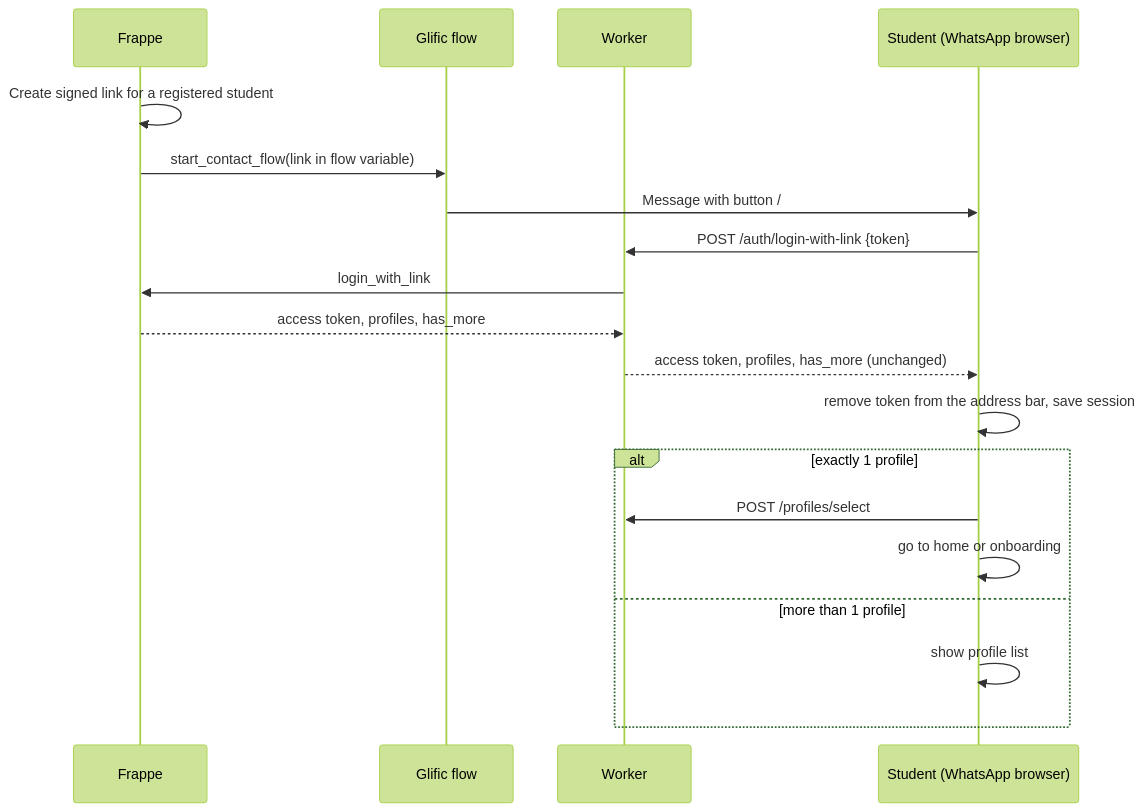
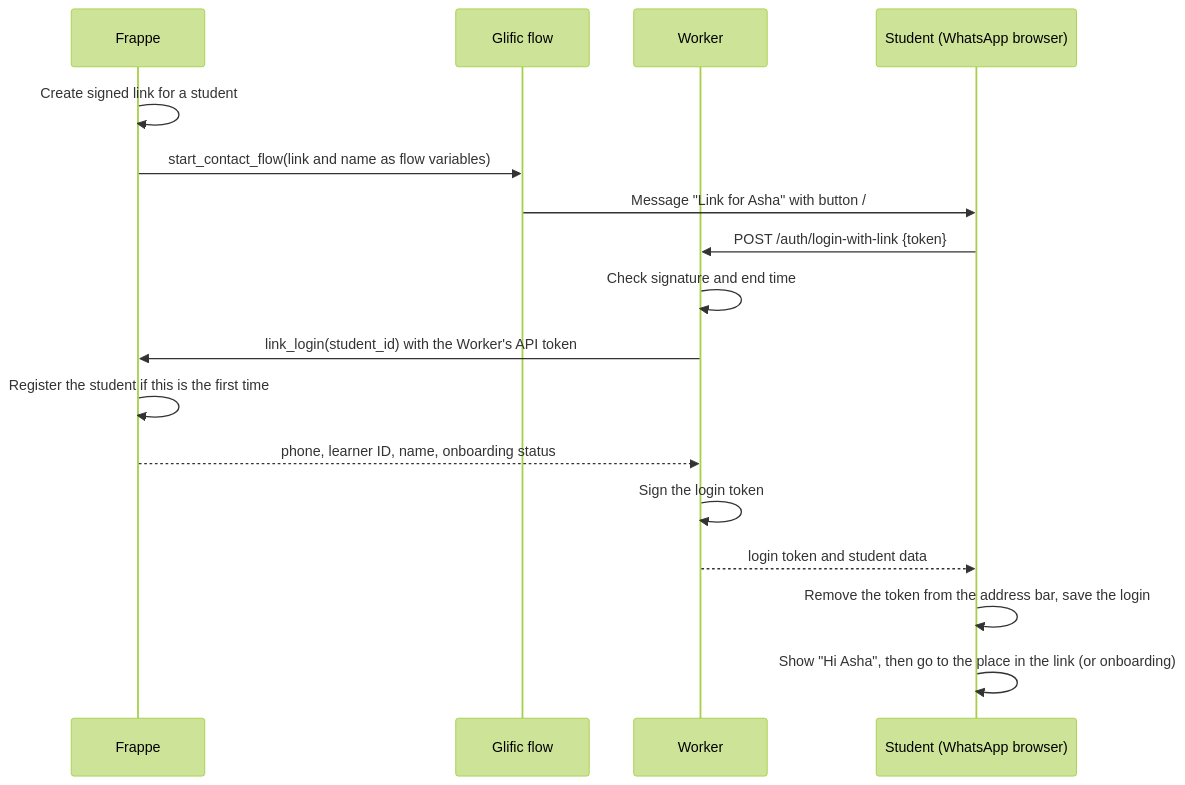
The first of 3 diagrams in documentation/whatsapp-link-login.md (theapprenticeproject/flutter_native_webapp), drawn with Mermaid (forest theme) before and after one commit. The commit also changed other lines of this file and 2 other files, not shown here.

Commit message:
refined approach doc for whatsapp login

````diff
--- a/documentation/whatsapp-link-login.md
+++ b/documentation/whatsapp-link-login.md
@@ -134,21 +197,19 @@
 ```mermaid
 sequenceDiagram
   participant F as Frappe
   participant G as Glific flow
   participant W as Worker
   participant S as Student (WhatsApp browser)
-  F->>F: Create signed link for a registered student
-  F->>G: start_contact_flow(link in flow variable)
-  G->>S: Message with button /#/l/<token>
+  F->>F: Create signed link for a student
+  F->>G: start_contact_flow(link and name as flow variables)
+  G->>S: Message "Link for Asha" with button /#/l/<token>
   S->>W: POST /auth/login-with-link {token}
-  W->>F: login_with_link
-  F-->>W: access token, profiles, has_more
-  W-->>S: access token, profiles, has_more (unchanged)
-  S->>S: remove token from the address bar, save session
-  alt exactly 1 profile
-    S->>W: POST /profiles/select
-    S->>S: go to home or onboarding
-  else more than 1 profile
-    S->>S: show profile list
-  end
+  W->>W: Check signature and end time
+  W->>F: link_login(student_id) with the Worker's API token
+  F->>F: Register the student if this is the first time
+  F-->>W: phone, learner ID, name, onboarding status
+  W->>W: Sign the login token
+  W-->>S: login token and student data
+  S->>S: Remove the token from the address bar, save the login
+  S->>S: Show "Hi Asha", then go to the place in the link (or onboarding)
 ```
````
